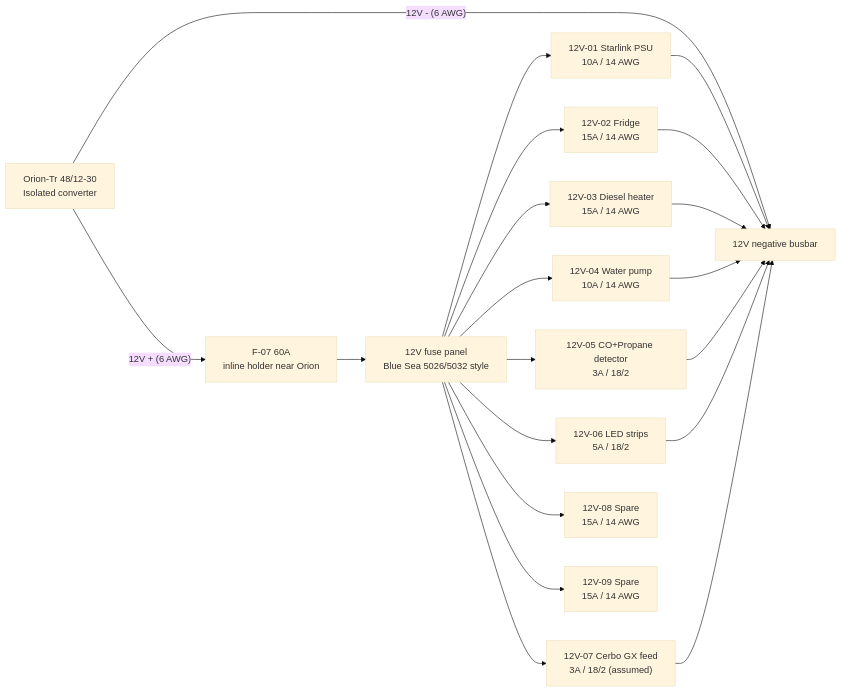
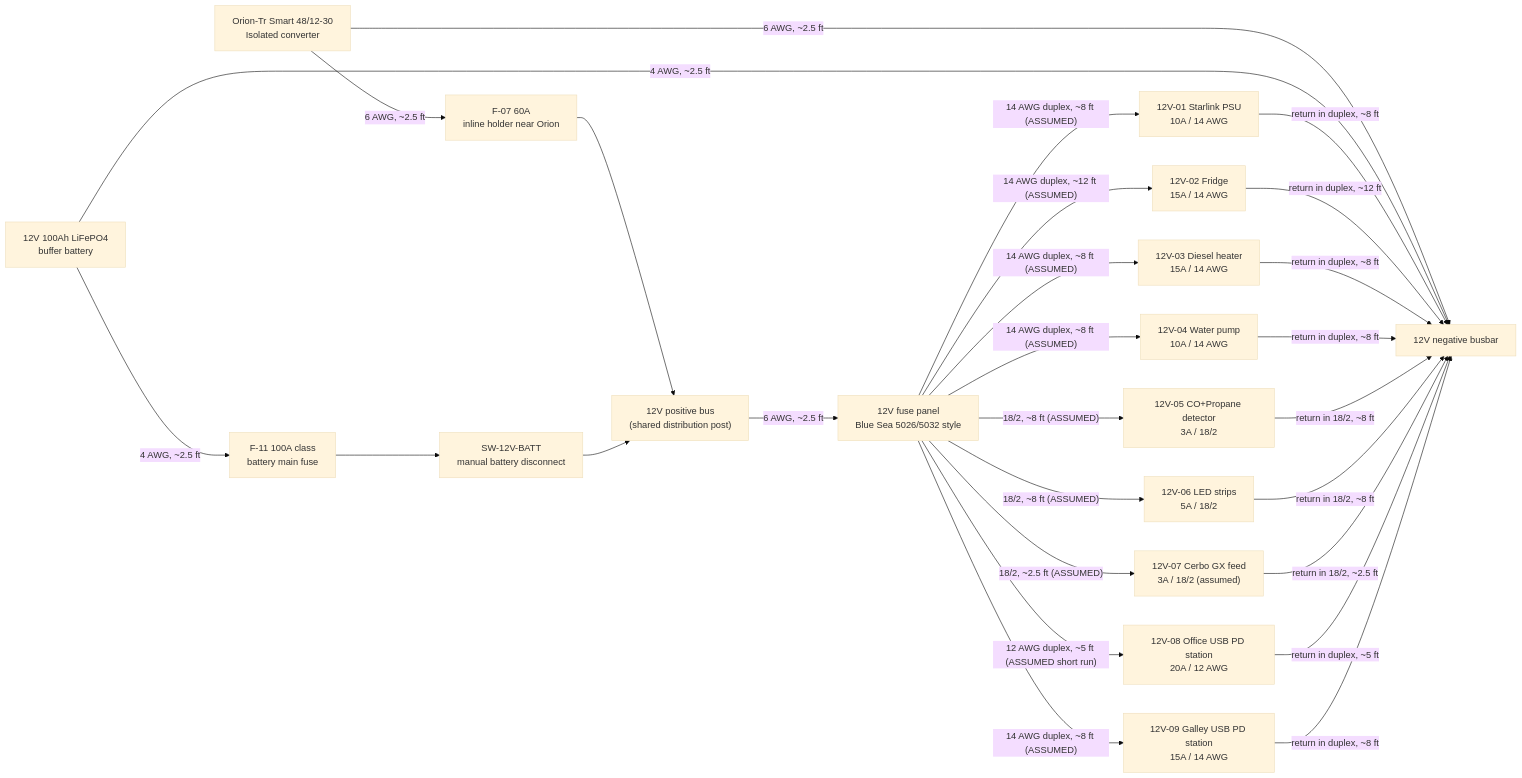
Before and after one commit to DataDaneDev/HiatusBuild: the diagram in docs/pdf_exports/assets/ELECTRICAL_overview_diagram/diagram-02.mmd, drawn with Mermaid (base theme). The commit also changed 21 other files, not shown here.

```diff
--- a/docs/pdf_exports/assets/ELECTRICAL_overview_diagram/diagram-02.mmd
+++ b/docs/pdf_exports/assets/ELECTRICAL_overview_diagram/diagram-02.mmd
@@ -1,36 +1,45 @@
 flowchart LR
-    ORION["Orion-Tr 48/12-30\nIsolated converter"]
+    ORION["Orion-Tr Smart 48/12-30\nIsolated converter"]
     F07["F-07 60A\ninline holder near Orion"]
+    P12["12V positive bus\n(shared distribution post)"]
     PANEL["12V fuse panel\nBlue Sea 5026/5032 style"]
     N12["12V negative busbar"]
+    B12["12V 100Ah LiFePO4\nbuffer battery"]
+    F11["F-11 100A class\nbattery main fuse"]
+    SW12["SW-12V-BATT\nmanual battery disconnect"]
 
     STAR["12V-01 Starlink PSU\n10A / 14 AWG"]
     FRIDGE["12V-02 Fridge\n15A / 14 AWG"]
     HEATER["12V-03 Diesel heater\n15A / 14 AWG"]
     PUMP["12V-04 Water pump\n10A / 14 AWG"]
     DET["12V-05 CO+Propane detector\n3A / 18/2"]
     LED["12V-06 LED strips\n5A / 18/2"]
     CERBO_PWR["12V-07 Cerbo GX feed\n3A / 18/2 (assumed)"]
-    SP1["12V-08 Spare\n15A / 14 AWG"]
-    SP2["12V-09 Spare\n15A / 14 AWG"]
+    USB_OFFICE["12V-08 Office USB PD station\n20A / 12 AWG"]
+    USB_GALLEY["12V-09 Galley USB PD station\n15A / 14 AWG"]
 
-    ORION -- "12V + (6 AWG)" --> F07 --> PANEL
-    ORION -- "12V - (6 AWG)" --> N12
+    ORION -- "6 AWG, ~2.5 ft" --> F07 --> P12
+    ORION -- "6 AWG, ~2.5 ft" --> N12
+    B12 -- "4 AWG, ~2.5 ft" --> F11 --> SW12 --> P12
+    B12 -- "4 AWG, ~2.5 ft" --> N12
+    P12 -- "6 AWG, ~2.5 ft" --> PANEL
 
-    PANEL --> STAR
-    PANEL --> FRIDGE
-    PANEL --> HEATER
-    PANEL --> PUMP
-    PANEL --> DET
-    PANEL --> LED
-    PANEL --> CERBO_PWR
-    PANEL --> SP1
-    PANEL --> SP2
+    PANEL -- "14 AWG duplex, ~8 ft (ASSUMED)" --> STAR
+    PANEL -- "14 AWG duplex, ~12 ft (ASSUMED)" --> FRIDGE
+    PANEL -- "14 AWG duplex, ~8 ft (ASSUMED)" --> HEATER
+    PANEL -- "14 AWG duplex, ~8 ft (ASSUMED)" --> PUMP
+    PANEL -- "18/2, ~8 ft (ASSUMED)" --> DET
+    PANEL -- "18/2, ~8 ft (ASSUMED)" --> LED
+    PANEL -- "18/2, ~2.5 ft (ASSUMED)" --> CERBO_PWR
+    PANEL -- "12 AWG duplex, ~5 ft (ASSUMED short run)" --> USB_OFFICE
+    PANEL -- "14 AWG duplex, ~8 ft (ASSUMED)" --> USB_GALLEY
 
-    STAR --> N12
-    FRIDGE --> N12
-    HEATER --> N12
-    PUMP --> N12
-    DET --> N12
-    LED --> N12
-    CERBO_PWR --> N12
+    STAR -- "return in duplex, ~8 ft" --> N12
+    FRIDGE -- "return in duplex, ~12 ft" --> N12
+    HEATER -- "return in duplex, ~8 ft" --> N12
+    PUMP -- "return in duplex, ~8 ft" --> N12
+    DET -- "return in 18/2, ~8 ft" --> N12
+    LED -- "return in 18/2, ~8 ft" --> N12
+    CERBO_PWR -- "return in 18/2, ~2.5 ft" --> N12
+    USB_OFFICE -- "return in duplex, ~5 ft" --> N12
+    USB_GALLEY -- "return in duplex, ~8 ft" --> N12
```
